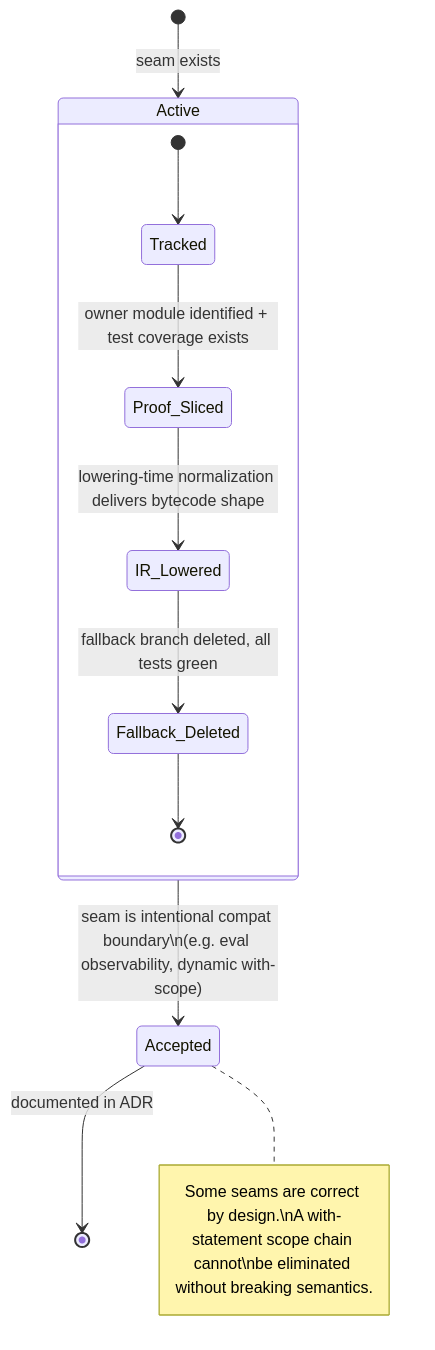
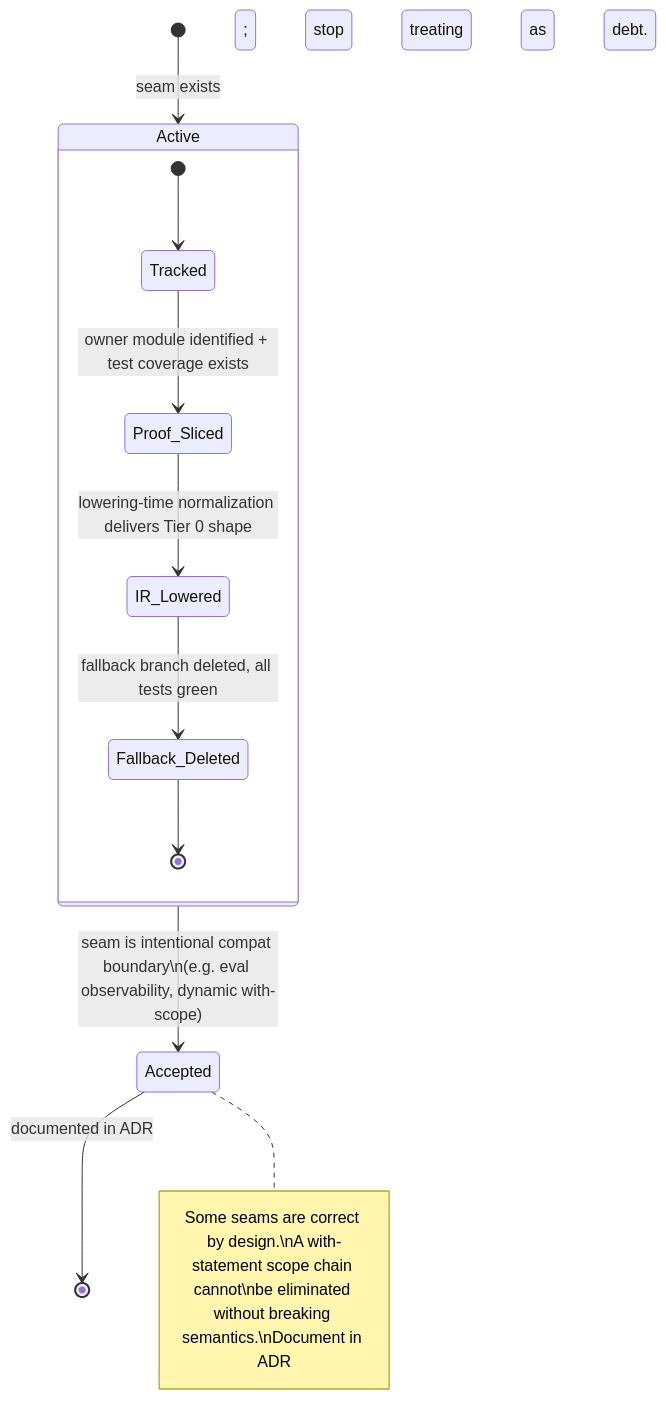
The tenth of 14 diagrams in docs/dreaming.md (asynkron/Asynkron.JsEngine), drawn with Mermaid before and after one commit. The commit also changed other lines of this file, not shown here.

First line of the commit message:
docs: improve Asynkron.JsEngine dreaming.md with 4-tier execution model

````diff
--- a/docs/dreaming.md
+++ b/docs/dreaming.md
@@ -300,17 +414,17 @@
 ```mermaid
 stateDiagram-v2
     [*] --> Active: seam exists
 
     state Active {
         [*] --> Tracked
         Tracked --> Proof_Sliced: owner module identified + test coverage exists
-        Proof_Sliced --> IR_Lowered: lowering-time normalization delivers bytecode shape
+        Proof_Sliced --> IR_Lowered: lowering-time normalization delivers Tier 0 shape
         IR_Lowered --> Fallback_Deleted: fallback branch deleted, all tests green
         Fallback_Deleted --> [*]
     }
 
     Active --> Accepted: seam is intentional compat boundary\n(e.g. eval observability, dynamic with-scope)
     Accepted --> [*]: documented in ADR
 
-    note right of Accepted: Some seams are correct by design.\nA with-statement scope chain cannot\nbe eliminated without breaking semantics.
+    note right of Accepted: Some seams are correct by design.\nA with-statement scope chain cannot\nbe eliminated without breaking semantics.\nDocument in ADR; stop treating as debt.
 ```
````
